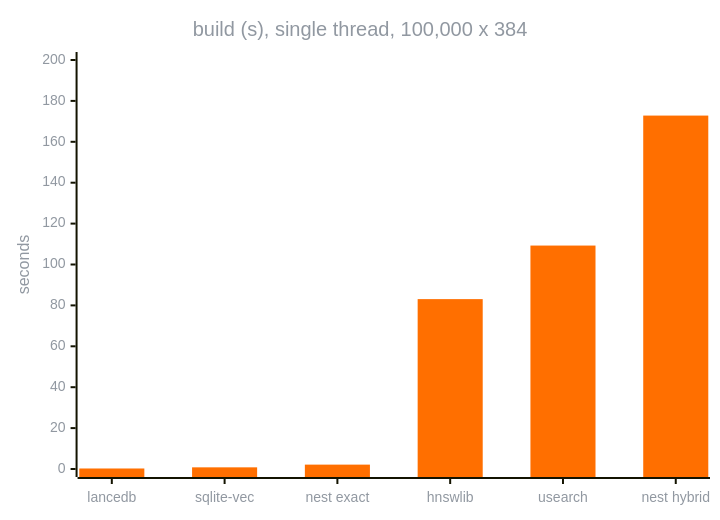
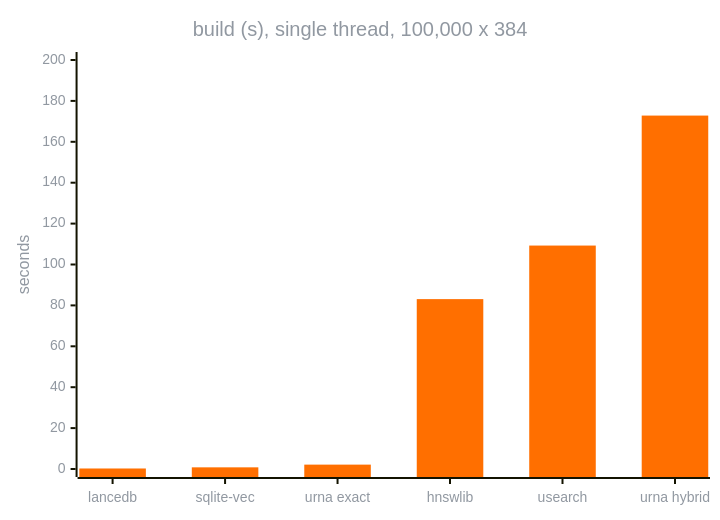
One commit to hoffresearch/nest changed the sixth of 7 diagrams in README.md. Above: the diagram before and after it, drawn with Mermaid. The commit also changed other lines of this file and 454 other files, not shown here.

First line of the commit message:
rename the project from nest to urna

````diff
--- a/README.md
+++ b/README.md
@@ -486,20 +492,20 @@
 ```mermaid
 ---
 config:
   theme: base
   themeVariables:
     xyChart:
       backgroundColor: "transparent"
       titleColor: "#9198a1"
       xAxisLabelColor: "#9198a1"
       xAxisTitleColor: "#9198a1"
       yAxisLabelColor: "#9198a1"
       yAxisTitleColor: "#9198a1"
       plotColorPalette: "#FF6F00"
 ---
 xychart-beta
   title "build (s), single thread, 100,000 x 384"
-  x-axis ["lancedb", "sqlite-vec", "nest exact", "hnswlib", "usearch", "nest hybrid"]
+  x-axis ["lancedb", "sqlite-vec", "urna exact", "hnswlib", "usearch", "urna hybrid"]
   y-axis "seconds" 0 --> 200
   bar [0.25, 0.81, 2.14, 83.07, 109.26, 172.82]
 ```
````
